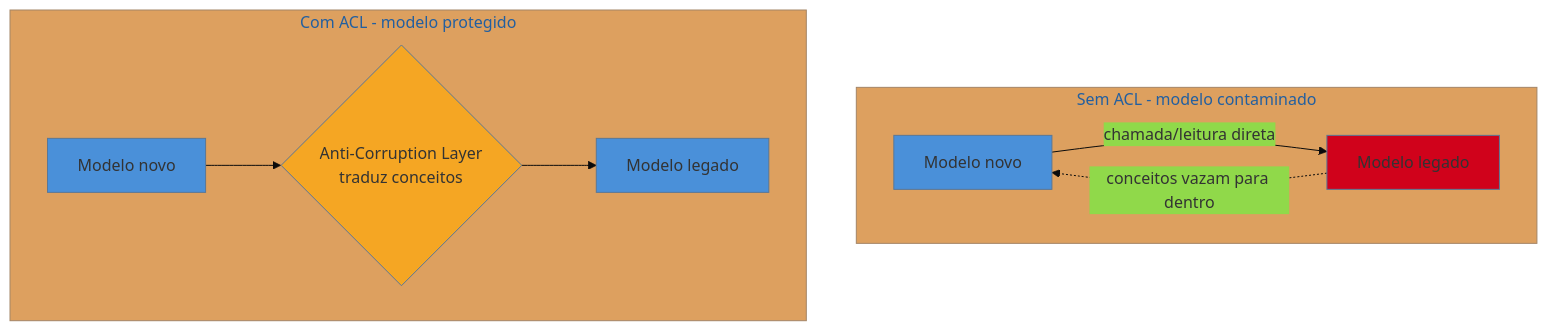
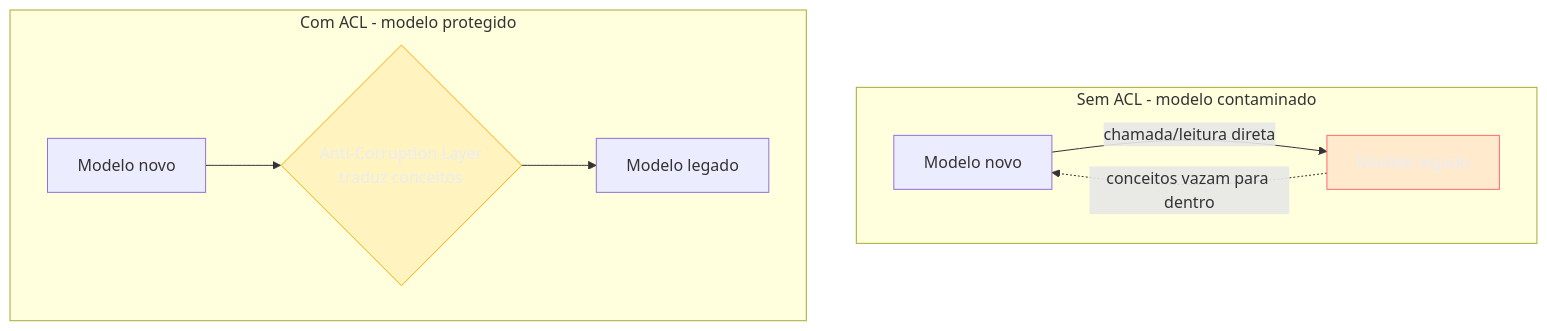
One commit to josenaldo/codex-technomanticus changed the third of 3 diagrams in 03-Dominios/Engenharia/Arqueologia e Restauração de Software/19 - Branch by Abstraction e Anti-Corruption Layer.md. Above: the diagram before and after it, drawn with Mermaid. The commit also changed other lines of this file and 1181 other files, not shown here.

First line of the commit message:
fix(diagramas): paleta do sistema no lugar de cor cravada no markdown

````diff
--- a/03-Dominios/Engenharia/Arqueologia e Restauração de Software/19 - Branch by Abstraction e Anti-Corruption Layer.md
+++ b/03-Dominios/Engenharia/Arqueologia e Restauração de Software/19 - Branch by Abstraction e Anti-Corruption Layer.md
@@ -83,14 +84,15 @@
 ```mermaid
-%%{init: {"theme": "base", "themeVariables": {"primaryColor": "#4A90D9"}}}%%
 graph TD
+    classDef falha fill:#FF6B6B24,stroke:#FF6B6B,color:#E9ECF2
+    classDef destaque fill:#FFAA0024,stroke:#FFAA00,color:#E9ECF2
     subgraph SC["Sem ACL - modelo contaminado"]
     NS1[Modelo novo] -->|chamada/leitura direta| LEG1[Modelo legado]
     LEG1 -.->|conceitos vazam para dentro| NS1
     end
     subgraph CC["Com ACL - modelo protegido"]
     NS2[Modelo novo] --> ACL{"Anti-Corruption Layer<br/>traduz conceitos"}
     ACL --> LEG2[Modelo legado]
     end
-    style LEG1 fill:#D0021B
-    style ACL fill:#F5A623
+    class LEG1 falha
+    class ACL destaque
 ```
````
